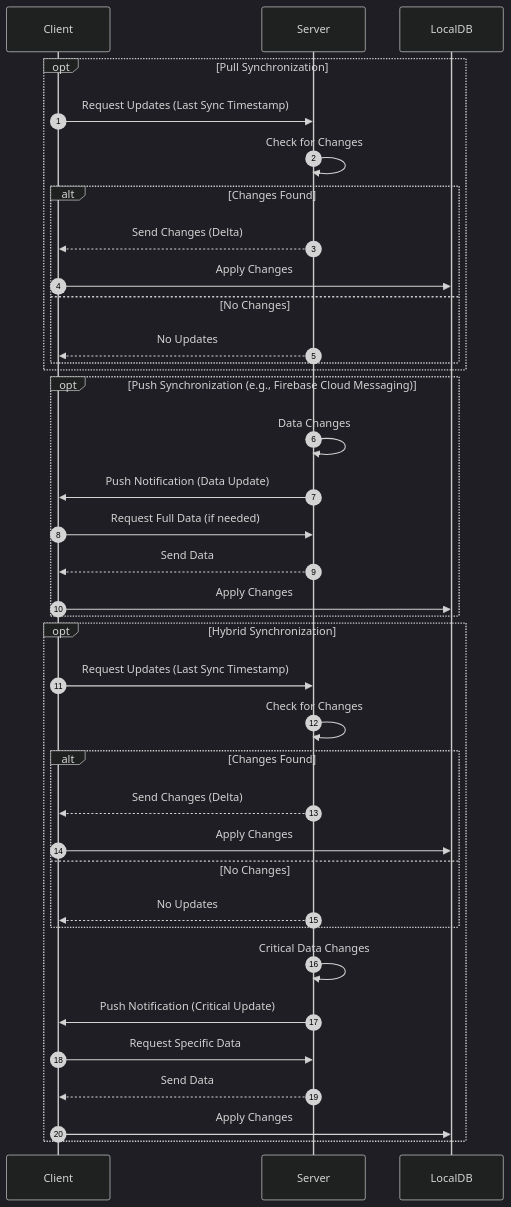
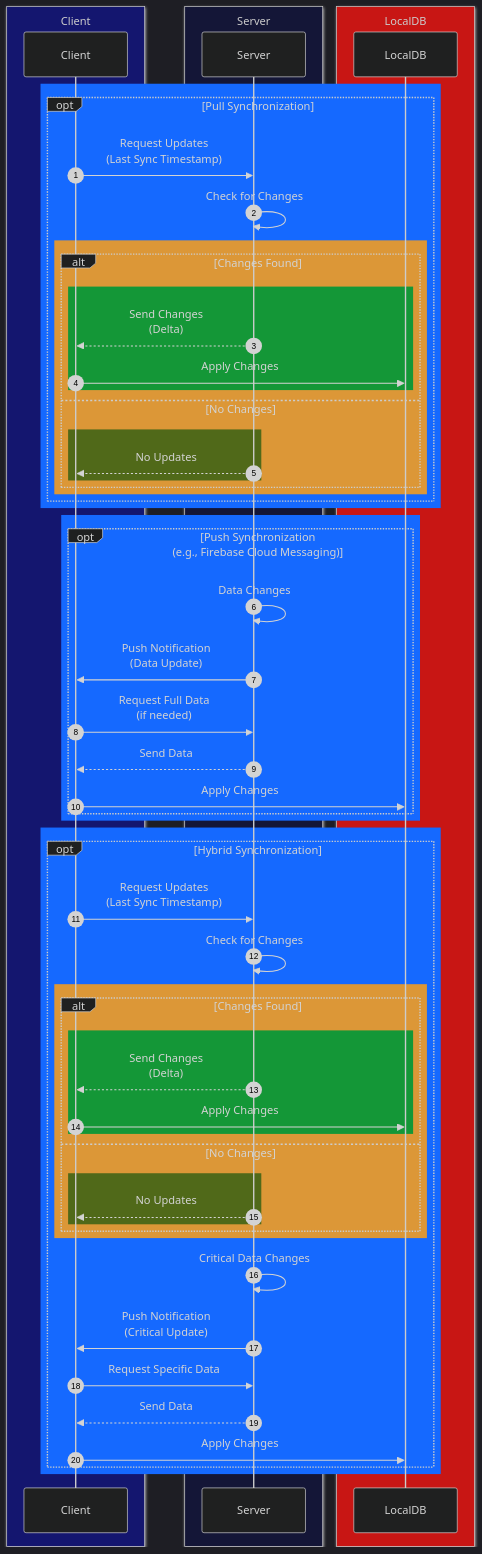
One commit to CongLeSolutionX/iOS-development-vault changed the fifth of 5 diagrams in Offline_Mobile_App_Architecture /Offline_App_Architecture_Evolution.md. Above: the diagram before and after it, drawn with Mermaid.

Commit message:
upate styles

````diff
--- a/Offline_Mobile_App_Architecture /Offline_App_Architecture_Evolution.md
+++ b/Offline_Mobile_App_Architecture /Offline_App_Architecture_Evolution.md
@@ -333,48 +333,74 @@
 ```mermaid
 ---
 config:
   layout: elk
   look: handDrawn
   theme: dark
 ---
 sequenceDiagram
     autonumber
-    participant Client
-    participant Server
-    participant LocalDB
+    box rgb(20, 22, 111) Client
+        participant Client
+    end
+    
+    box rgb(20, 22, 55) Server
+        participant Server
+    end
+    
+    box rgb(200, 22, 20) LocalDB
+        participant LocalDB
+    end
 
+    rect rgb(21, 105, 255)
     opt Pull Synchronization
-        Client->>Server: Request Updates (Last Sync Timestamp)
+        Client->>Server: Request Updates<br>(Last Sync Timestamp)
         Server->>Server: Check for Changes
+        rect rgb(220, 151, 55)
         alt Changes Found
-            Server-->>Client: Send Changes (Delta)
+            rect rgb(20, 151, 55)
+            Server-->>Client: Send Changes<br>(Delta)
             Client->>LocalDB: Apply Changes
+            end
         else No Changes
+            rect rgb(80, 105, 25)
             Server-->>Client: No Updates
+            end
+        end
         end
     end
+    end
 
-    opt Push Synchronization (e.g., Firebase Cloud Messaging)
+    rect rgb(21, 105, 255)
+    opt Push Synchronization<br>(e.g., Firebase Cloud Messaging)
         Server->>Server: Data Changes
-        Server->>Client: Push Notification (Data Update)
-        Client->>Server: Request Full Data (if needed)
-         Server-->>Client: Send Data
+        Server->>Client: Push Notification<br>(Data Update)
+        Client->>Server: Request Full Data<br>(if needed)
+        Server-->>Client: Send Data
         Client->>LocalDB: Apply Changes
     end
+    end
 
-     opt Hybrid Synchronization
-        Client->>Server: Request Updates (Last Sync Timestamp)
-          Server->>Server: Check for Changes
-           alt Changes Found
-            Server-->>Client: Send Changes (Delta)
-              Client->>LocalDB: Apply Changes
-           else No Changes
-               Server-->>Client: No Updates
-           end
+    rect rgb(21, 105, 255)
+    opt Hybrid Synchronization
+        Client->>Server: Request Updates<br>(Last Sync Timestamp)
+            Server->>Server: Check for Changes
+            rect rgb(220, 151, 55)
+            alt Changes Found
+                rect rgb(20, 151, 55)
+                Server-->>Client: Send Changes<br>(Delta)
+                Client->>LocalDB: Apply Changes
+                end
+            else No Changes
+                rect rgb(80, 105, 25)
+                Server-->>Client: No Updates
+                end
+            end
+            end
         Server->>Server: Critical Data Changes
-        Server->>Client: Push Notification (Critical Update)
+        Server->>Client: Push Notification<br>(Critical Update)
         Client->>Server: Request Specific Data
         Server-->>Client: Send Data
         Client->>LocalDB: Apply Changes
     end
+    end
 ```
````
